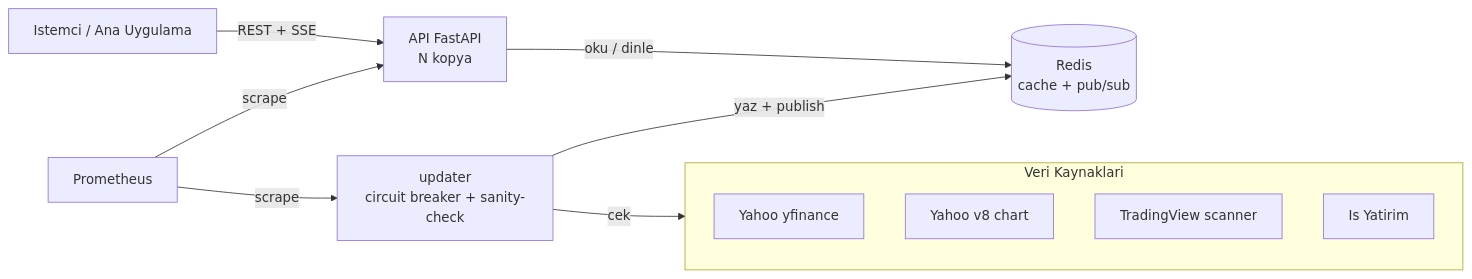
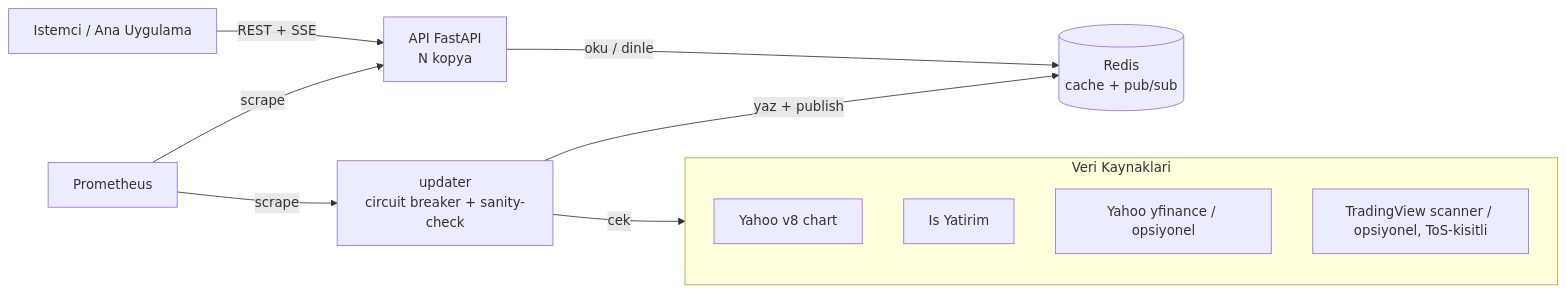
One commit to Armert-Labs/bist-data-service changed the diagram in README.md. Above: the diagram before and after it, drawn with Mermaid. The commit also changed other lines of this file and 6 other files, not shown here.

````diff
--- a/README.md
+++ b/README.md
@@ -30,15 +32,15 @@
 ```mermaid
 flowchart LR
     subgraph sources[Veri Kaynaklari]
-        Y[Yahoo yfinance]
         YC[Yahoo v8 chart]
-        TV[TradingView scanner]
         IY[Is Yatirim]
+        Y[Yahoo yfinance / opsiyonel]
+        TV[TradingView scanner / opsiyonel, ToS-kisitli]
     end
     U[updater\ncircuit breaker + sanity-check] -->|cek| sources
     U -->|yaz + publish| R[(Redis\ncache + pub/sub)]
     A[API FastAPI\nN kopya] -->|oku / dinle| R
     C[Istemci / Ana Uygulama] -->|REST + SSE| A
     P[Prometheus] -->|scrape| A
     P -->|scrape| U
 ```
````
